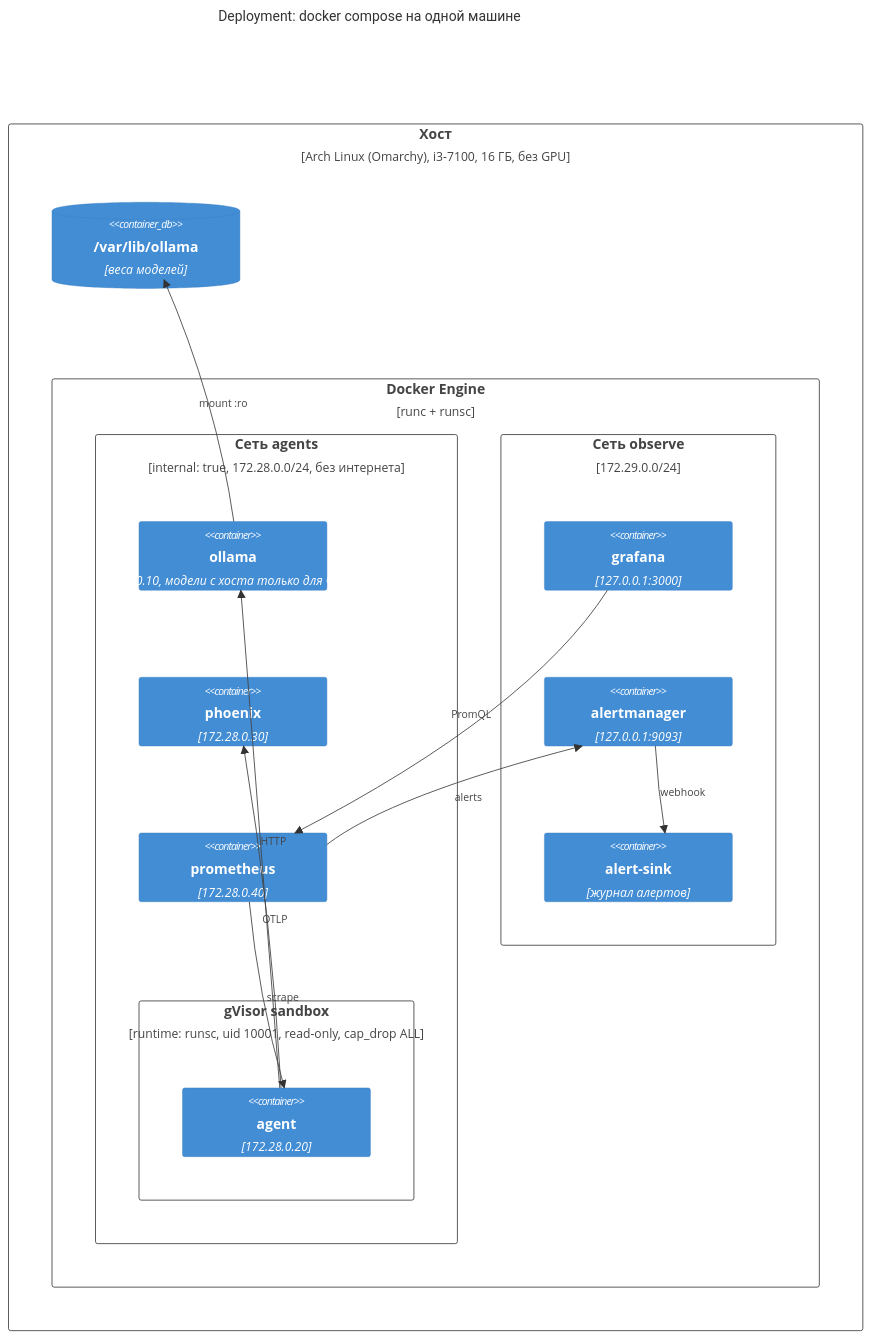
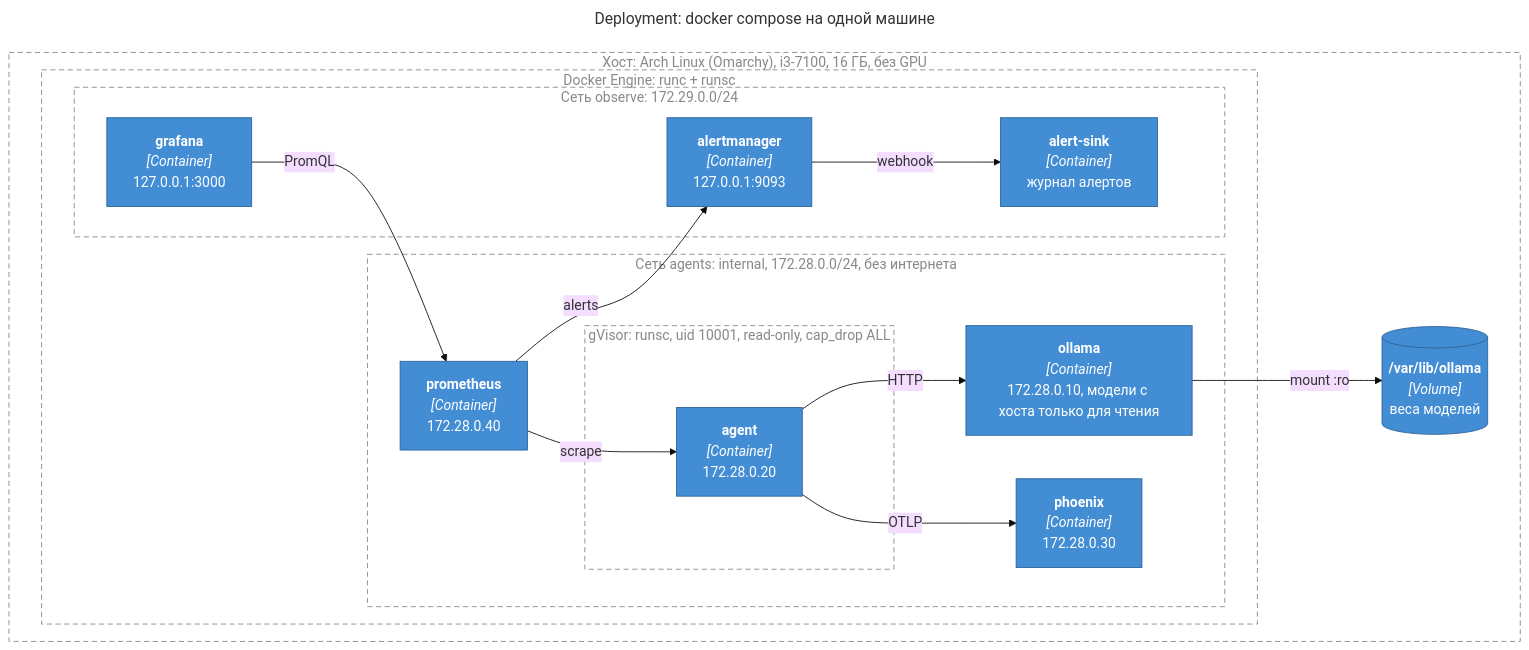
Before and after one commit to sstegss/movie-agents: the eighth of 11 diagrams in docs/ARCHITECTURE.md, drawn with Mermaid (base theme). The commit also changed other lines of this file, not shown here.

First line of the commit message:
Architecture: redraw C4 diagrams as flowcharts so labels do not overlap

````diff
--- a/docs/ARCHITECTURE.md
+++ b/docs/ARCHITECTURE.md
@@ -303,31 +311,43 @@
 ```mermaid
-C4Deployment
-  title Deployment: docker compose на одной машине
+---
+title: "Deployment: docker compose на одной машине"
+---
+flowchart TB
+  subgraph host["Хост: Arch Linux (Omarchy), i3-7100, 16 ГБ, без GPU"]
+    models[("<b>/var/lib/ollama</b><br/><i>[Volume]</i><br/>веса моделей")]:::container
+    subgraph docker["Docker Engine: runc + runsc"]
+      subgraph net_in["Сеть agents: internal, 172.28.0.0/24, без интернета"]
+        subgraph sandbox["gVisor: runsc, uid 10001, read-only, cap_drop ALL"]
+          agent["<b>agent</b><br/><i>[Container]</i><br/>172.28.0.20"]:::container
+        end
+        ollama["<b>ollama</b><br/><i>[Container]</i><br/>172.28.0.10, модели с хоста только для чтения"]:::container
+        phoenix["<b>phoenix</b><br/><i>[Container]</i><br/>172.28.0.30"]:::container
+        prom["<b>prometheus</b><br/><i>[Container]</i><br/>172.28.0.40"]:::container
+      end
+      subgraph net_obs["Сеть observe: 172.29.0.0/24"]
+        grafana["<b>grafana</b><br/><i>[Container]</i><br/>127.0.0.1:3000"]:::container
+        am["<b>alertmanager</b><br/><i>[Container]</i><br/>127.0.0.1:9093"]:::container
+        sink["<b>alert-sink</b><br/><i>[Container]</i><br/>журнал алертов"]:::container
+      end
+    end
+  end
 
-  Deployment_Node(host, "Хост", "Arch Linux (Omarchy), i3-7100, 16 ГБ, без GPU") {
-    Deployment_Node(docker, "Docker Engine", "runc + runsc") {
-      Deployment_Node(net_in, "Сеть agents", "internal: true, 172.28.0.0/24, без интернета") {
-        Deployment_Node(sandbox, "gVisor sandbox", "runtime: runsc, uid 10001, read-only, cap_drop ALL") {
-          Container(agent, "agent", "172.28.0.20")
-        }
-        Container(ollama, "ollama", "172.28.0.10, модели с хоста только для чтения")
-        Container(phoenix, "phoenix", "172.28.0.30")
-        Container(prom, "prometheus", "172.28.0.40")
-      }
-      Deployment_Node(net_obs, "Сеть observe", "172.29.0.0/24") {
-        Container(grafana, "grafana", "127.0.0.1:3000")
-        Container(am, "alertmanager", "127.0.0.1:9093")
-        Container(sink, "alert-sink", "журнал алертов")
-      }
-    }
-    ContainerDb(models, "/var/lib/ollama", "веса моделей")
-  }
+  agent -->|HTTP| ollama
+  agent -->|OTLP| phoenix
+  prom -->|scrape| agent
+  grafana -->|PromQL| prom
+  prom -->|alerts| am
+  am -->|webhook| sink
+  ollama -->|"mount :ro"| models
 
-  Rel(agent, ollama, "HTTP")
-  Rel(agent, phoenix, "OTLP")
-  Rel(prom, agent, "scrape")
-  Rel(grafana, prom, "PromQL")
-  Rel(prom, am, "alerts")
-  Rel(am, sink, "webhook")
-  Rel(ollama, models, "mount :ro")
+  classDef person fill:#08427b,stroke:#052e56,color:#ffffff
+  classDef system fill:#1168bd,stroke:#0b4884,color:#ffffff
+  classDef ext fill:#666666,stroke:#4d4d4d,color:#ffffff
+  classDef container fill:#438dd5,stroke:#2e6295,color:#ffffff
+  classDef component fill:#85bbf0,stroke:#5d82a8,color:#000000
+  style host fill:none,stroke:#888888,stroke-dasharray:6 4,color:#888888
+  style docker fill:none,stroke:#888888,stroke-dasharray:6 4,color:#888888
+  style net_in fill:none,stroke:#888888,stroke-dasharray:6 4,color:#888888
+  style sandbox fill:none,stroke:#888888,stroke-dasharray:6 4,color:#888888
+  style net_obs fill:none,stroke:#888888,stroke-dasharray:6 4,color:#888888
 ```
````
